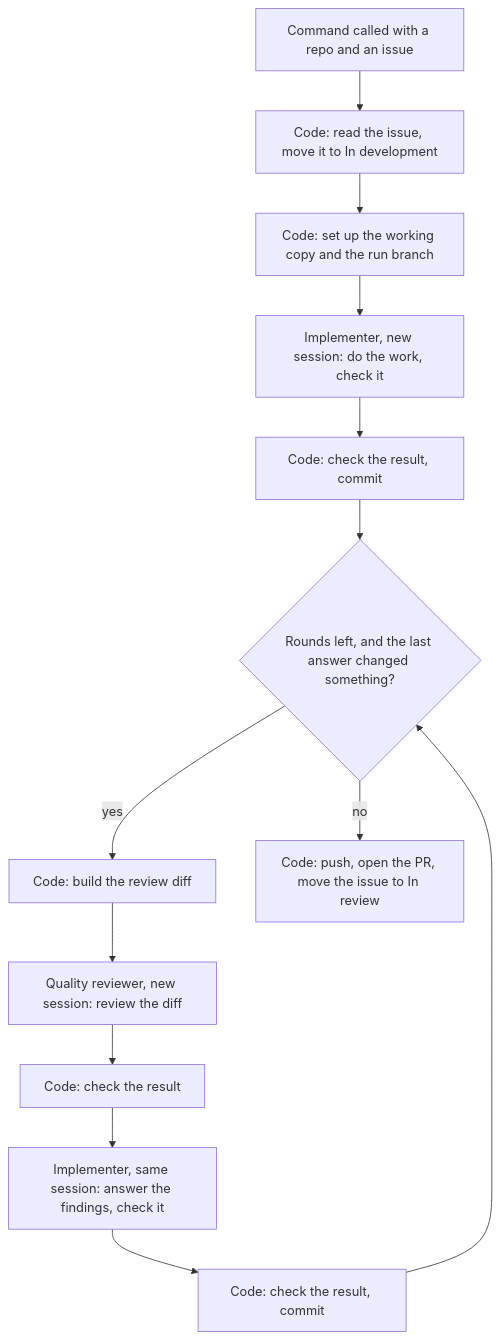
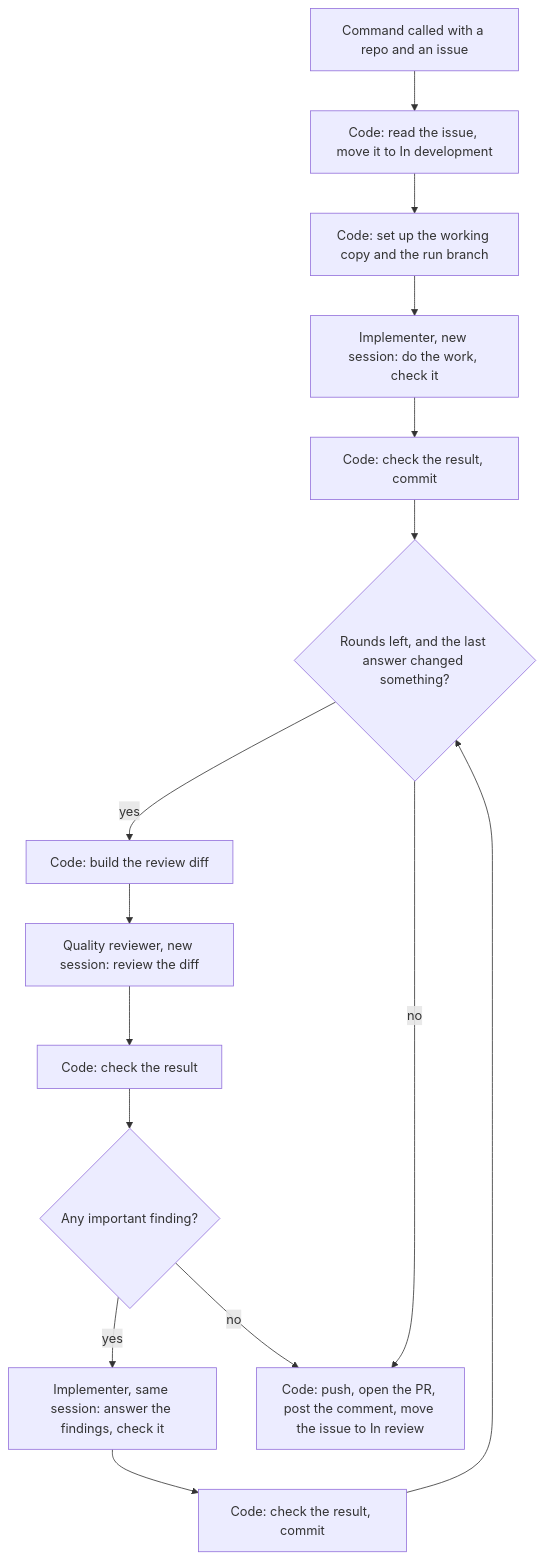
The diagram in docs/blueprints/implementation-loop.md (nimbusscale/software-factory), drawn with Mermaid before and after one commit. The commit also changed other lines of this file and 6 other files, not shown here.

````diff
--- a/docs/blueprints/implementation-loop.md
+++ b/docs/blueprints/implementation-loop.md
@@ -20,15 +20,17 @@
 ```mermaid
 flowchart TD
     A[Command called with a repo and an issue] --> B[Code: read the issue, move it to In development]
     B --> C[Code: set up the working copy and the run branch]
     C --> D[Implementer, new session: do the work, check it]
     D --> E[Code: check the result, commit]
     E --> F{Rounds left, and the last answer changed something?}
     F -- yes --> G[Code: build the review diff]
     G --> H[Quality reviewer, new session: review the diff]
     H --> I[Code: check the result]
-    I --> J[Implementer, same session: answer the findings, check it]
+    I --> M{Any important finding?}
+    M -- yes --> J[Implementer, same session: answer the findings, check it]
+    M -- no --> L
     J --> K[Code: check the result, commit]
     K --> F
-    F -- no --> L[Code: push, open the PR, move the issue to In review]
+    F -- no --> L[Code: push, open the PR, post the comment, move the issue to In review]
 ```
````
